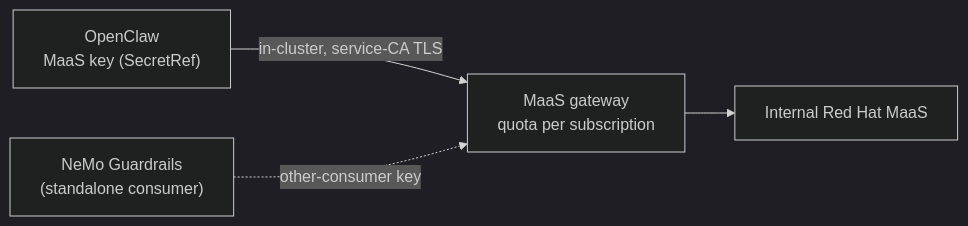
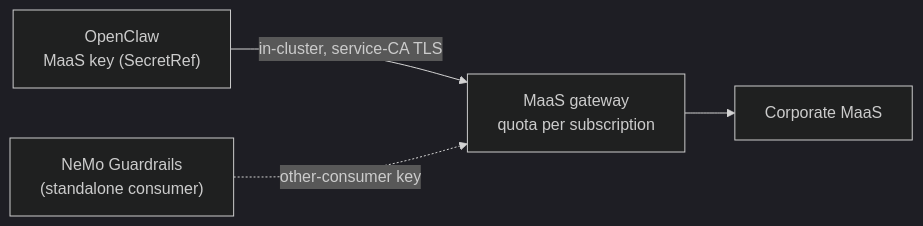
Before and after one commit to lccherri/openclaw-aiops-poc: the third of 7 diagrams in docs/architecture.md, drawn with Mermaid (dark theme). The commit also changed other lines of this file and 16 other files, not shown here.

````diff
--- a/docs/architecture.md
+++ b/docs/architecture.md
@@ -113,5 +113,5 @@
 ```mermaid
 flowchart LR
-    OC["OpenClaw<br/>MaaS key (SecretRef)"] -->|"in-cluster, service-CA TLS"| M["MaaS gateway<br/>quota per subscription"] --> E[Internal Red Hat MaaS]
+    OC["OpenClaw<br/>MaaS key (SecretRef)"] -->|"in-cluster, service-CA TLS"| M["MaaS gateway<br/>quota per subscription"] --> E[Corporate MaaS]
     G["NeMo Guardrails<br/>(standalone consumer)"] -.->|other-consumer key| M
 ```
````
